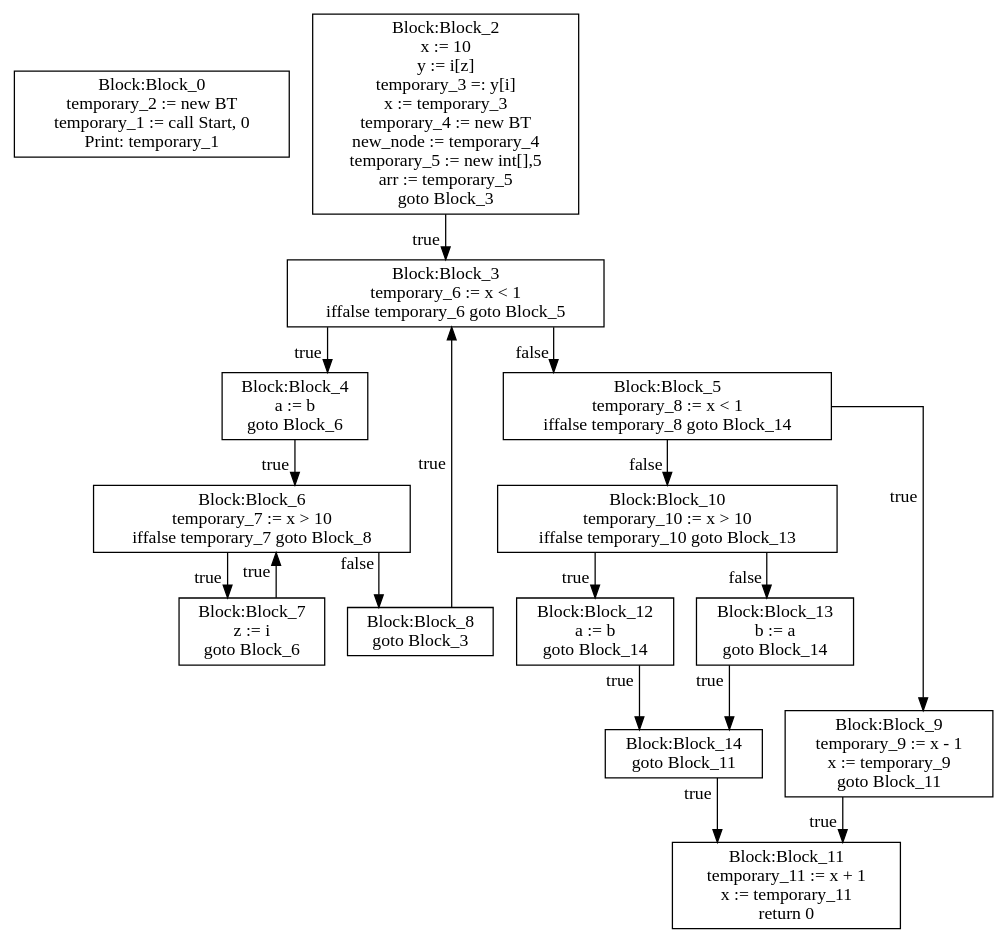
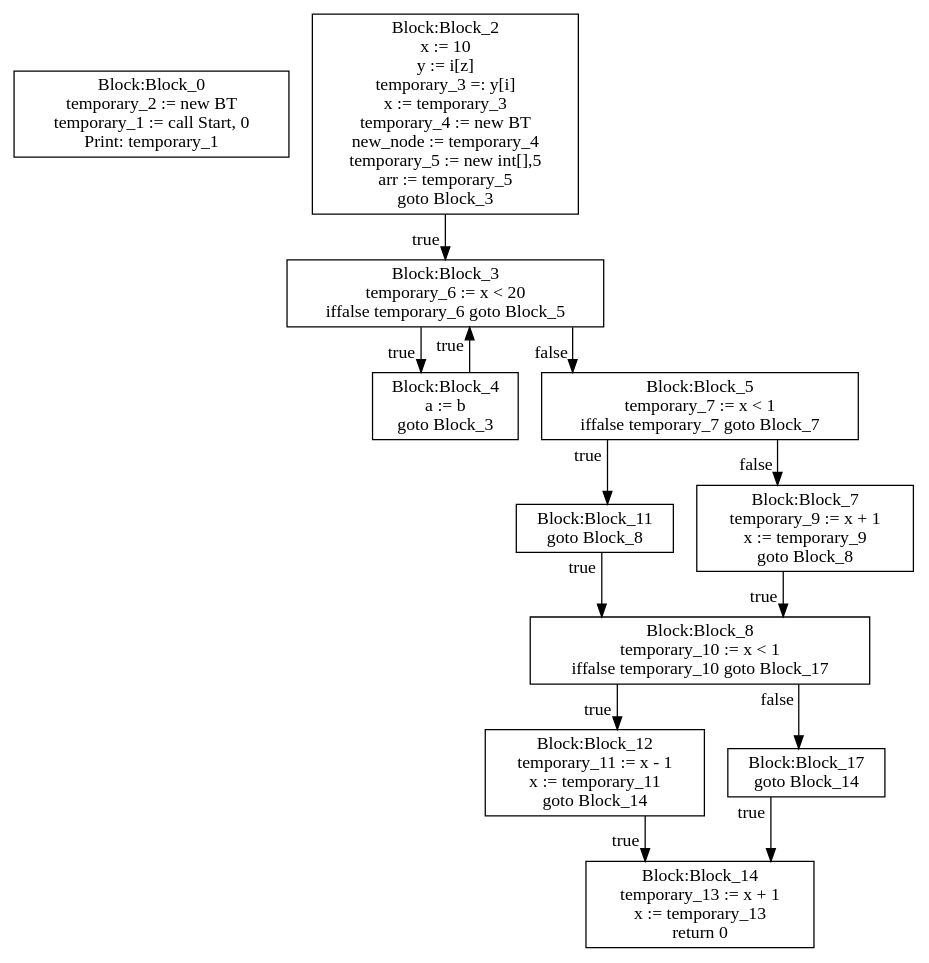
One commit to moondog-matthew/compiler-dv1655 changed the diagram in lab3/CFG-tree.dot. Above: the diagram before and after it, drawn with Graphviz. The commit also changed 3 other files, not shown here.

```diff
--- a/lab3/CFG-tree.dot
+++ b/lab3/CFG-tree.dot
@@ -1,70 +1,58 @@
 digraph {
 graph [ splines = ortho ]
 	node [ shape = box ];
 Block_0 [label="Block:Block_0
 temporary_2 := new BT
 temporary_1 := call Start, 0
 Print: temporary_1"];
 Block_2 [label="Block:Block_2
 x := 10
 y := i[z]
 temporary_3 =: y[i]
 x := temporary_3
 temporary_4 := new BT
 new_node := temporary_4
 temporary_5 := new int[],5
 arr := temporary_5
 goto Block_3"];
 Block_2 -> Block_3 [xlabel = "true"]
 Block_3 [label="Block:Block_3
-temporary_6 := x < 1
+temporary_6 := x < 20
 iffalse temporary_6 goto Block_5"];
 Block_3 -> Block_4 [xlabel = "true"]
 Block_4 [label="Block:Block_4
 a := b
-goto Block_6"];
-Block_4 -> Block_6 [xlabel = "true"]
-Block_6 [label="Block:Block_6
-temporary_7 := x > 10
-iffalse temporary_7 goto Block_8"];
-Block_6 -> Block_7 [xlabel = "true"]
-Block_7 [label="Block:Block_7
-z := i
-goto Block_6"];
-Block_7 -> Block_6 [xlabel = "true"]
-Block_6 -> Block_8 [xlabel = "false"]
-Block_8 [label="Block:Block_8
 goto Block_3"];
-Block_8 -> Block_3 [xlabel = "true"]
+Block_4 -> Block_3 [xlabel = "true"]
 Block_3 -> Block_5 [xlabel = "false"]
 Block_5 [label="Block:Block_5
-temporary_8 := x < 1
-iffalse temporary_8 goto Block_14"];
-Block_5 -> Block_9 [xlabel = "true"]
-Block_9 [label="Block:Block_9
-temporary_9 := x - 1
-x := temporary_9
-goto Block_11"];
-Block_9 -> Block_11 [xlabel = "true"]
+temporary_7 := x < 1
+iffalse temporary_7 goto Block_7"];
+Block_5 -> Block_11 [xlabel = "true"]
 Block_11 [label="Block:Block_11
-temporary_11 := x + 1
+goto Block_8"];
+Block_11 -> Block_8 [xlabel = "true"]
+Block_8 [label="Block:Block_8
+temporary_10 := x < 1
+iffalse temporary_10 goto Block_17"];
+Block_8 -> Block_12 [xlabel = "true"]
+Block_12 [label="Block:Block_12
+temporary_11 := x - 1
 x := temporary_11
-return 0"];
-Block_5 -> Block_10 [xlabel = "false"]
-Block_10 [label="Block:Block_10
-temporary_10 := x > 10
-iffalse temporary_10 goto Block_13"];
-Block_10 -> Block_12 [xlabel = "true"]
-Block_12 [label="Block:Block_12
-a := b
 goto Block_14"];
 Block_12 -> Block_14 [xlabel = "true"]
 Block_14 [label="Block:Block_14
-goto Block_11"];
-Block_14 -> Block_11 [xlabel = "true"]
-Block_10 -> Block_13 [xlabel = "false"]
-Block_13 [label="Block:Block_13
-b := a
+temporary_13 := x + 1
+x := temporary_13
+return 0"];
+Block_8 -> Block_17 [xlabel = "false"]
+Block_17 [label="Block:Block_17
 goto Block_14"];
-Block_13 -> Block_14 [xlabel = "true"]
+Block_17 -> Block_14 [xlabel = "true"]
+Block_5 -> Block_7 [xlabel = "false"]
+Block_7 [label="Block:Block_7
+temporary_9 := x + 1
+x := temporary_9
+goto Block_8"];
+Block_7 -> Block_8 [xlabel = "true"]
 }
```
